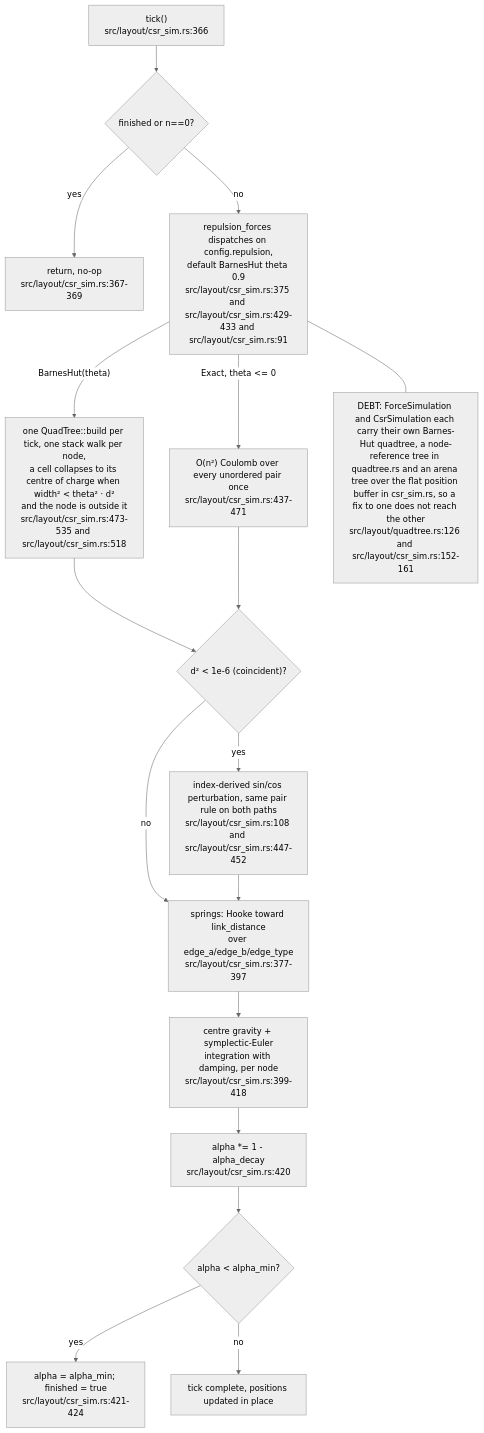
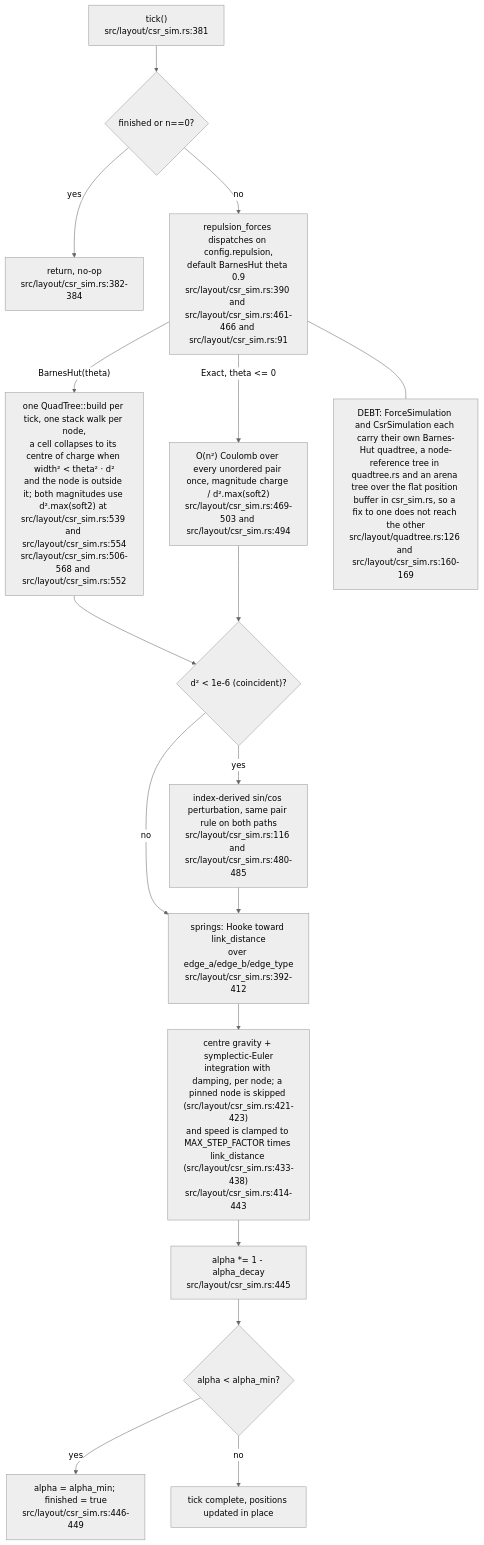
Before and after one commit to DreamLab-AI/VisionFlow: the fifth of 9 diagrams in docs/diagrams/vowl-wasm/03-force-layout-lifecycle.md, drawn with Mermaid (neutral theme). The commit also changed other lines of this file and 151 other files, not shown here.

````diff
--- a/docs/diagrams/vowl-wasm/03-force-layout-lifecycle.md
+++ b/docs/diagrams/vowl-wasm/03-force-layout-lifecycle.md
@@ -93,20 +93,20 @@
 ```mermaid
 flowchart TB
-    T["tick()<br/>src/layout/csr_sim.rs:366"] --> FIN{"finished or n==0?"}
-    FIN -->|yes| RET["return, no-op<br/>src/layout/csr_sim.rs:367-369"]
-    FIN -->|no| REP["repulsion_forces dispatches on config.repulsion,<br/>default BarnesHut theta 0.9<br/>src/layout/csr_sim.rs:375 and src/layout/csr_sim.rs:429-433 and src/layout/csr_sim.rs:91"]
-    REP -->|"BarnesHut(theta)"| BH["one QuadTree::build per tick, one stack walk per node,<br/>a cell collapses to its centre of charge when width² &lt; theta² · d²<br/>and the node is outside it<br/>src/layout/csr_sim.rs:473-535 and src/layout/csr_sim.rs:518"]
-    REP -->|"Exact, theta &lt;= 0"| EX["O(n²) Coulomb over every unordered pair once<br/>src/layout/csr_sim.rs:437-471"]
+    T["tick()<br/>src/layout/csr_sim.rs:381"] --> FIN{"finished or n==0?"}
+    FIN -->|yes| RET["return, no-op<br/>src/layout/csr_sim.rs:382-384"]
+    FIN -->|no| REP["repulsion_forces dispatches on config.repulsion,<br/>default BarnesHut theta 0.9<br/>src/layout/csr_sim.rs:390 and src/layout/csr_sim.rs:461-466 and src/layout/csr_sim.rs:91"]
+    REP -->|"BarnesHut(theta)"| BH["one QuadTree::build per tick, one stack walk per node,<br/>a cell collapses to its centre of charge when width² &lt; theta² · d²<br/>and the node is outside it; both magnitudes use d².max(soft2) at src/layout/csr_sim.rs:539 and src/layout/csr_sim.rs:554<br/>src/layout/csr_sim.rs:506-568 and src/layout/csr_sim.rs:552"]
+    REP -->|"Exact, theta &lt;= 0"| EX["O(n²) Coulomb over every unordered pair once, magnitude charge / d².max(soft2)<br/>src/layout/csr_sim.rs:469-503 and src/layout/csr_sim.rs:494"]
     BH --> COIN{"d² < 1e-6 (coincident)?"}
     EX --> COIN
-    COIN -->|yes| NUDGE["index-derived sin/cos perturbation, same pair rule on both paths<br/>src/layout/csr_sim.rs:108 and src/layout/csr_sim.rs:447-452"]
+    COIN -->|yes| NUDGE["index-derived sin/cos perturbation, same pair rule on both paths<br/>src/layout/csr_sim.rs:116 and src/layout/csr_sim.rs:480-485"]
     COIN -->|no| SPRING
-    NUDGE --> SPRING["springs: Hooke toward link_distance<br/>over edge_a/edge_b/edge_type<br/>src/layout/csr_sim.rs:377-397"]
-    SPRING --> INTEG["centre gravity + symplectic-Euler<br/>integration with damping, per node<br/>src/layout/csr_sim.rs:399-418"]
-    INTEG --> DECAY["alpha *= 1 - alpha_decay<br/>src/layout/csr_sim.rs:420"]
+    NUDGE --> SPRING["springs: Hooke toward link_distance<br/>over edge_a/edge_b/edge_type<br/>src/layout/csr_sim.rs:392-412"]
+    SPRING --> INTEG["centre gravity + symplectic-Euler<br/>integration with damping, per node; a pinned node is skipped (src/layout/csr_sim.rs:421-423)<br/>and speed is clamped to MAX_STEP_FACTOR times link_distance (src/layout/csr_sim.rs:433-438)<br/>src/layout/csr_sim.rs:414-443"]
+    INTEG --> DECAY["alpha *= 1 - alpha_decay<br/>src/layout/csr_sim.rs:445"]
     DECAY --> FLOOR{"alpha < alpha_min?"}
-    FLOOR -->|yes| LATCH["alpha = alpha_min; finished = true<br/>src/layout/csr_sim.rs:421-424"]
+    FLOOR -->|yes| LATCH["alpha = alpha_min; finished = true<br/>src/layout/csr_sim.rs:446-449"]
     FLOOR -->|no| DONE["tick complete, positions updated in place"]
-    N1["DEBT: ForceSimulation and CsrSimulation each carry their own Barnes-Hut quadtree, a node-reference tree in quadtree.rs and an arena tree over the flat position buffer in csr_sim.rs, so a fix to one does not reach the other<br/>src/layout/quadtree.rs:126 and src/layout/csr_sim.rs:152-161"]
+    N1["DEBT: ForceSimulation and CsrSimulation each carry their own Barnes-Hut quadtree, a node-reference tree in quadtree.rs and an arena tree over the flat position buffer in csr_sim.rs, so a fix to one does not reach the other<br/>src/layout/quadtree.rs:126 and src/layout/csr_sim.rs:160-169"]
     REP --- N1
 ```
````
